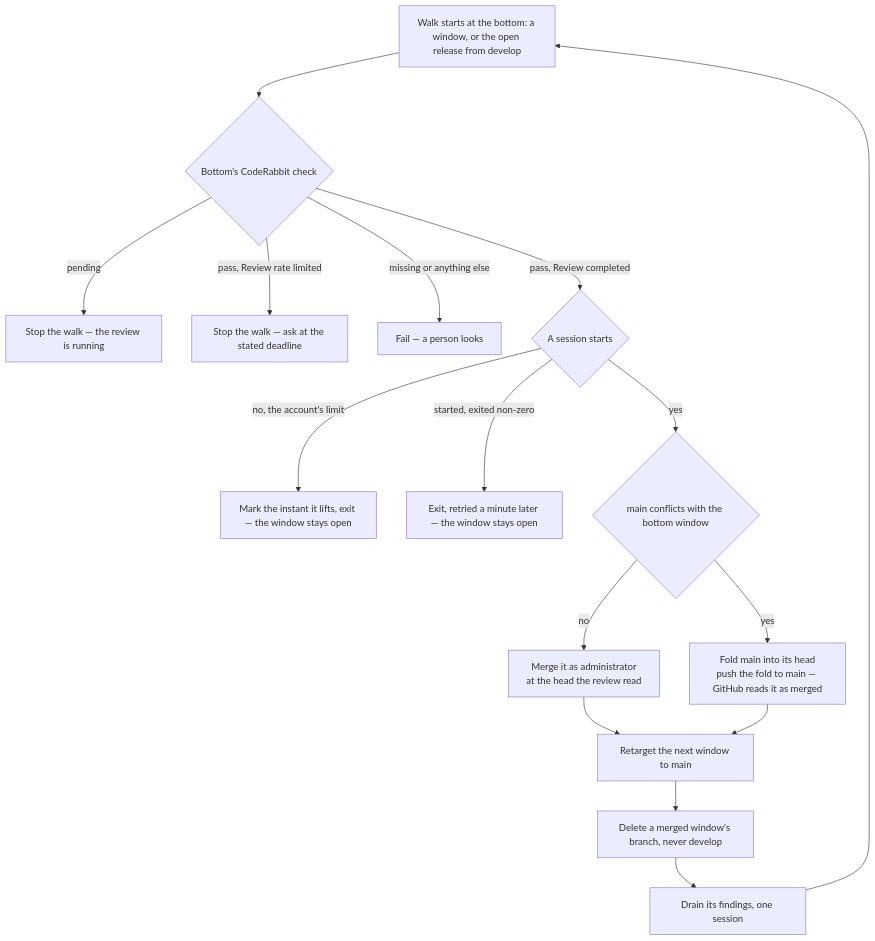
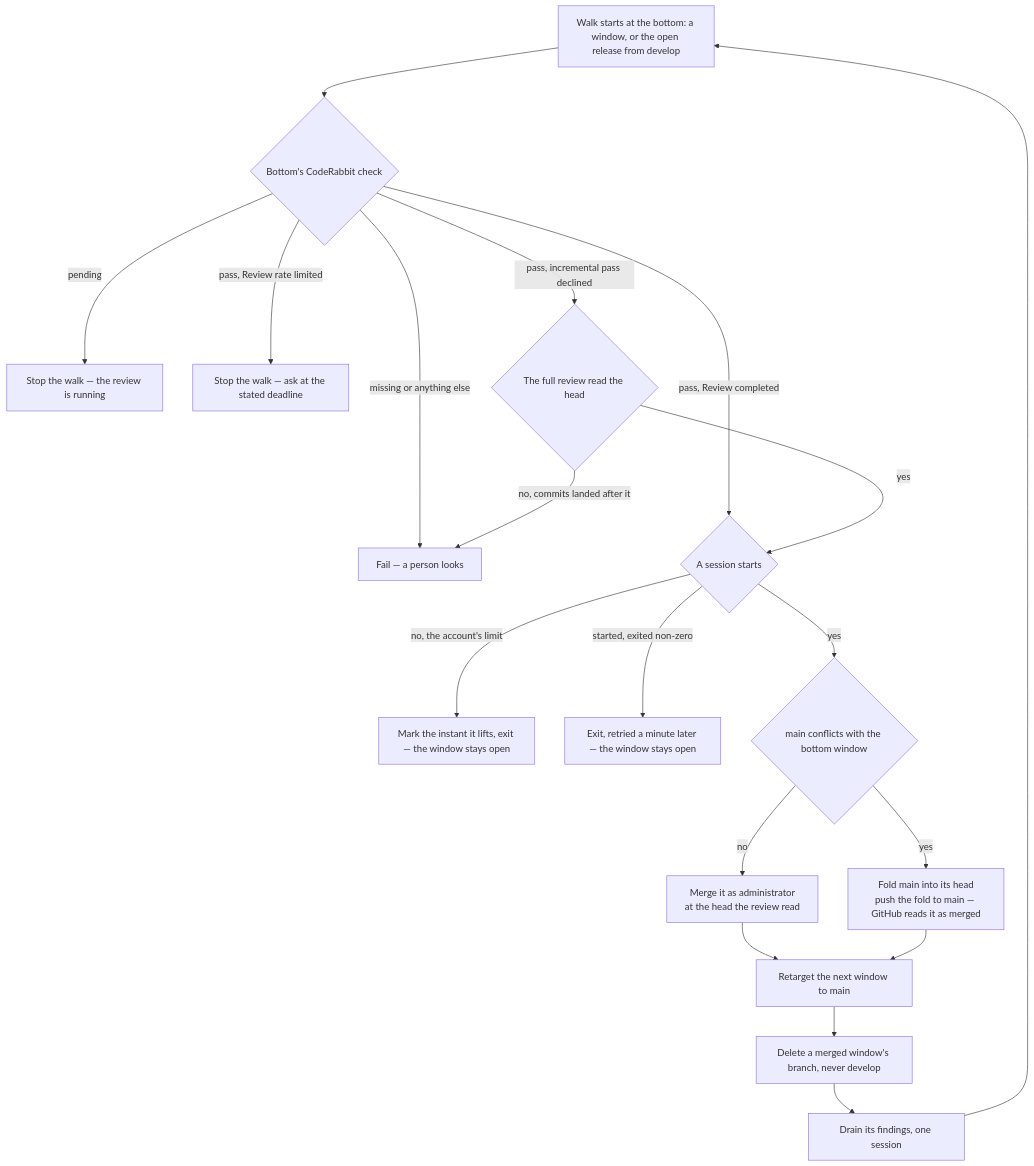
Before and after one commit to Esposter/Esposter: the first of 3 diagrams in apps/web/content/docs/infra/review-collector/collection-cycle.md, drawn with Mermaid. The commit also changed other lines of this file and 5 other files, not shown here.

First line of the commit message:
fix(scripts): a skipped incremental review proceeds when the full review read the head

````diff
--- a/apps/web/content/docs/infra/review-collector/collection-cycle.md
+++ b/apps/web/content/docs/infra/review-collector/collection-cycle.md
@@ -44,16 +44,19 @@
 ```mermaid
 flowchart TD
   S[Walk starts at the bottom: a window, or the open release from develop] --> ST{Bottom's CodeRabbit check}
   ST -->|pending| X1[Stop the walk — the review is running]
   ST -->|pass, Review rate limited| RL[Stop the walk — ask at the stated deadline]
   ST -->|missing or anything else| X2[Fail — a person looks]
   ST -->|pass, Review completed| PB{A session starts}
+  ST -->|pass, incremental pass declined| SK{The full review read the head}
+  SK -->|no, commits landed after it| X2
+  SK -->|yes| PB{A session starts}
   PB -->|no, the account's limit| X3[Mark the instant it lifts, exit — the window stays open]
   PB -->|started, exited non-zero| X4[Exit, retried a minute later — the window stays open]
   PB -->|yes| FC{main conflicts with the bottom window}
   FC -->|no| MG[Merge it as administrator<br/>at the head the review read]
   FC -->|yes| FR[Fold main into its head<br/>push the fold to main — GitHub reads it as merged]
   MG --> RT[Retarget the next window to main]
   FR --> RT
   RT --> DL[Delete a merged window's branch, never develop] --> DR[Drain its findings, one session] --> S
 ```
````
